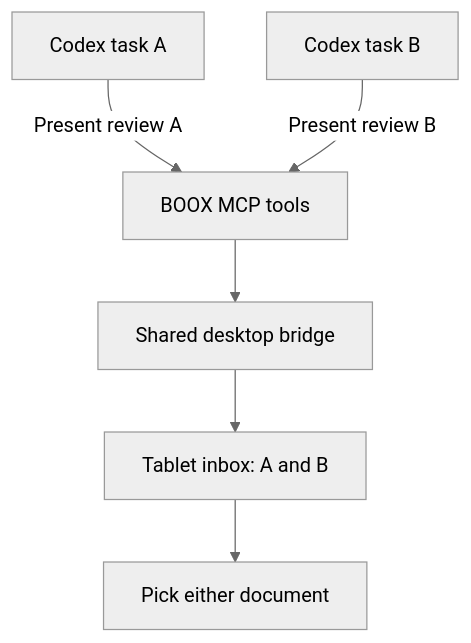
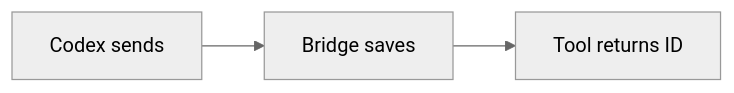
The first of 2 diagrams in docs/communication-routing.md (olblinov/riddle-boox-llm), drawn with Mermaid (neutral theme) before and after one commit. The commit also changed other lines of this file and 16 other files, not shown here.

````diff
--- a/docs/communication-routing.md
+++ b/docs/communication-routing.md
@@ -9,8 +11,5 @@
 ```mermaid
-flowchart TD
-    A[Codex task A] -->|Present review A| M[BOOX MCP tools]
-    B[Codex task B] -->|Present review B| M
-    M --> S[Shared desktop bridge]
-    S --> Q[Tablet inbox: A and B]
-    Q --> P[Pick either document]
+flowchart LR
+    A[Codex sends] --> B[Bridge saves]
+    B --> C[Tool returns ID]
 ```
````
